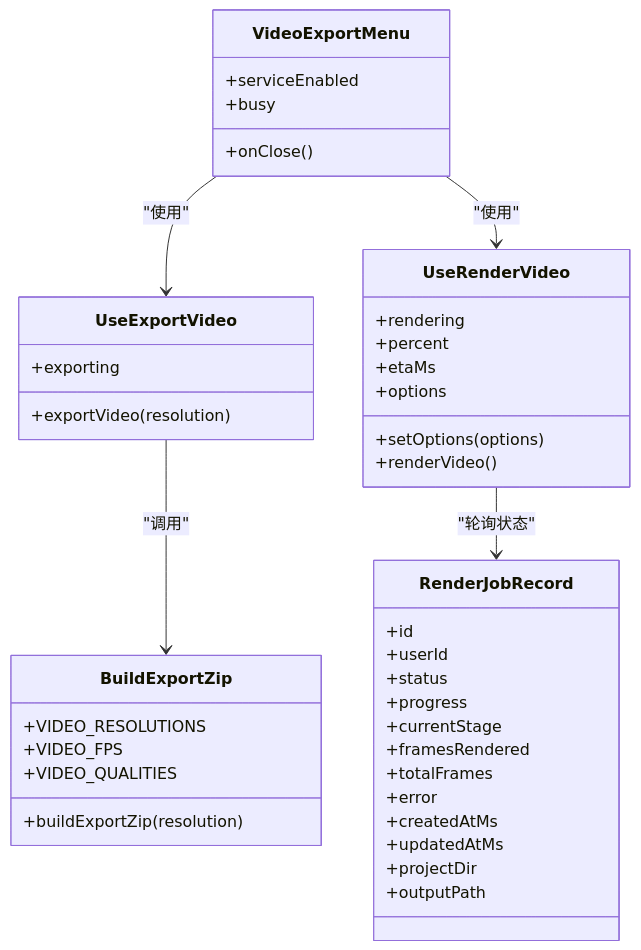
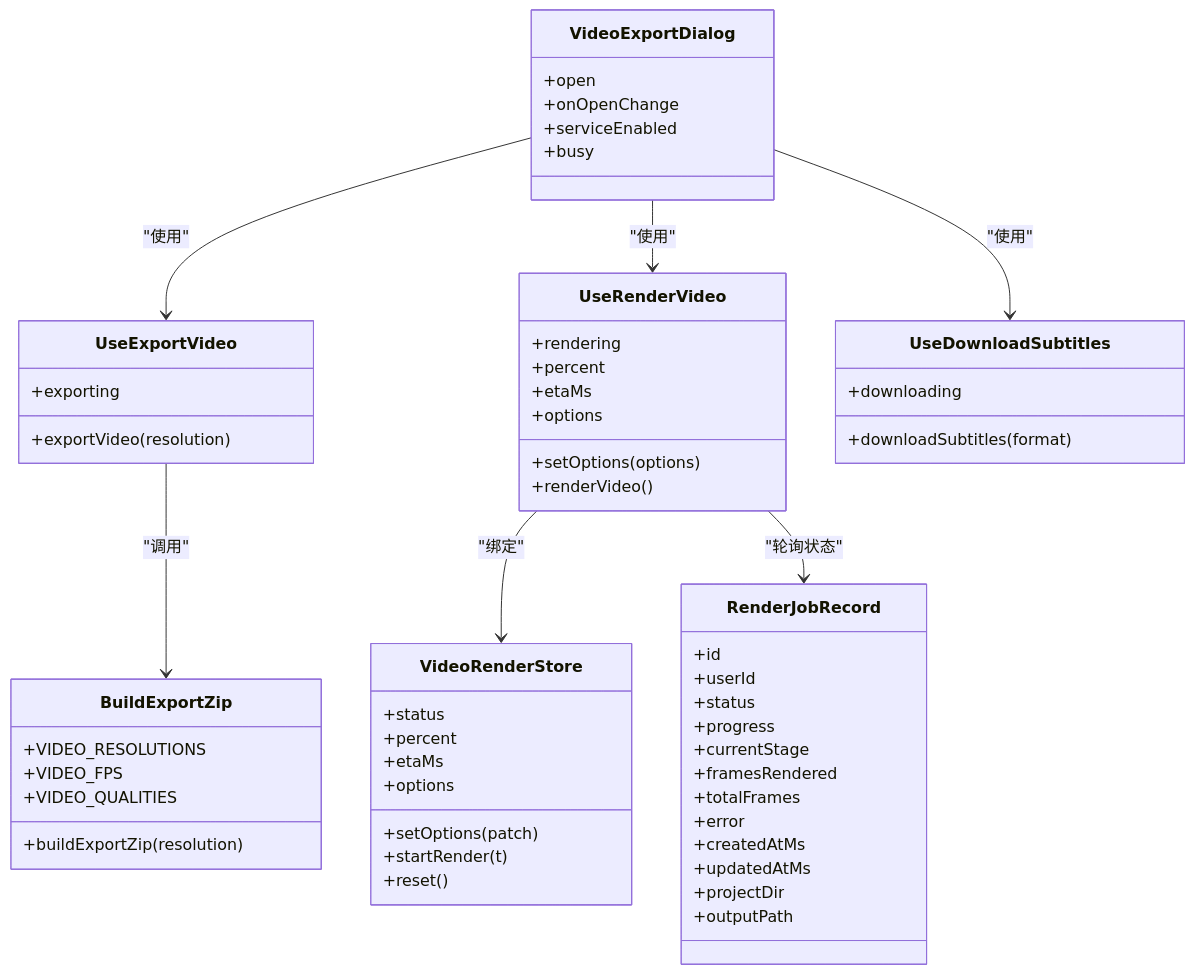
One commit to huangboheng/OpenMAIC changed the second of 2 diagrams in .qoder/repowiki/zh/content/UI 组件系统/课堂播放组件/视频导出菜单组件.md. Above: the diagram before and after it, drawn with Mermaid. The commit also changed other lines of this file and 8 other files, not shown here.

````diff
--- a/.qoder/repowiki/zh/content/UI 组件系统/课堂播放组件/视频导出菜单组件.md
+++ b/.qoder/repowiki/zh/content/UI 组件系统/课堂播放组件/视频导出菜单组件.md
@@ -139,44 +157,60 @@
 ```mermaid
 classDiagram
-class VideoExportMenu {
-+onClose()
+class VideoExportDialog {
++open
++onOpenChange
 +serviceEnabled
 +busy
 }
 class UseExportVideo {
 +exporting
 +exportVideo(resolution)
 }
 class UseRenderVideo {
 +rendering
 +percent
 +etaMs
 +options
 +setOptions(options)
 +renderVideo()
+}
+class UseDownloadSubtitles {
++downloading
++downloadSubtitles(format)
+}
+class VideoRenderStore {
++status
++percent
++etaMs
++options
++setOptions(patch)
++startRender(t)
++reset()
 }
 class BuildExportZip {
 +VIDEO_RESOLUTIONS
 +VIDEO_FPS
 +VIDEO_QUALITIES
 +buildExportZip(resolution)
 }
 class RenderJobRecord {
 +id
 +userId
 +status
 +progress
 +currentStage
 +framesRendered
 +totalFrames
 +error
 +createdAtMs
 +updatedAtMs
 +projectDir
 +outputPath
 }
-VideoExportMenu --> UseExportVideo : "使用"
-VideoExportMenu --> UseRenderVideo : "使用"
+VideoExportDialog --> UseExportVideo : "使用"
+VideoExportDialog --> UseRenderVideo : "使用"
+VideoExportDialog --> UseDownloadSubtitles : "使用"
 UseExportVideo --> BuildExportZip : "调用"
+UseRenderVideo --> VideoRenderStore : "绑定"
 UseRenderVideo --> RenderJobRecord : "轮询状态"
 ```
````
